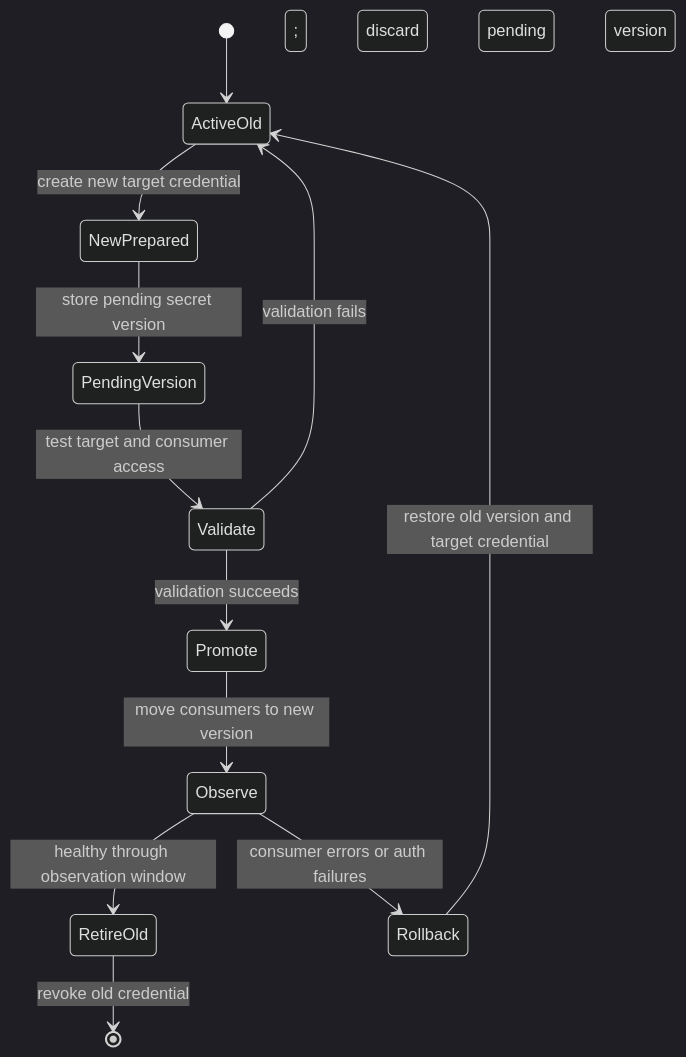
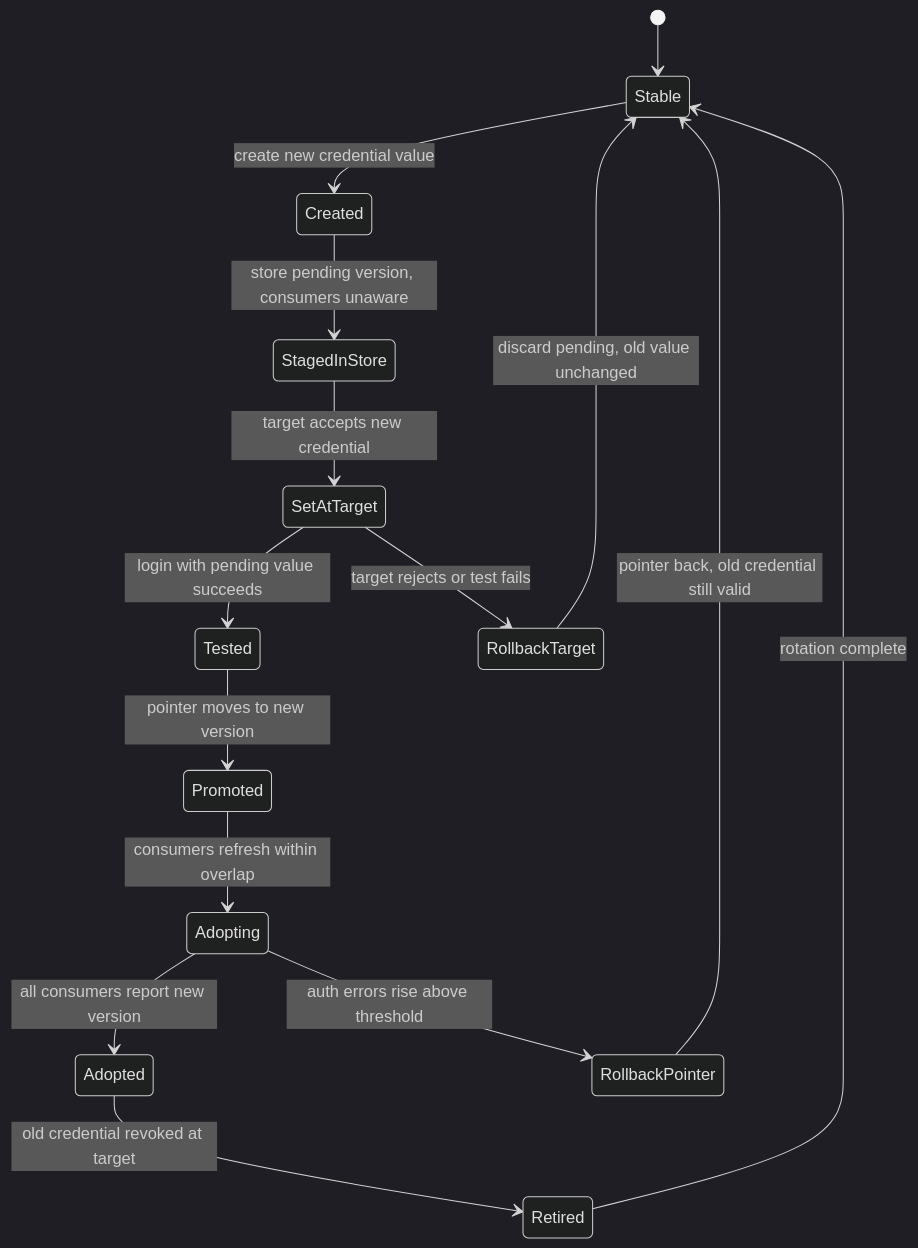
One commit to joydasss/Architect changed the tenth of 14 diagrams in 09_Cloud_Computing/CH13_Secrets_Management.md. Above: the diagram before and after it, drawn with Mermaid (dark theme). The commit also changed other lines of this file and 295 other files, not shown here.

````diff
--- a/09_Cloud_Computing/CH13_Secrets_Management.md
+++ b/09_Cloud_Computing/CH13_Secrets_Management.md
@@ -86,14 +685,17 @@
 ```mermaid
 stateDiagram-v2
-    [*] --> ActiveOld
-    ActiveOld --> NewPrepared: create new target credential
-    NewPrepared --> PendingVersion: store pending secret version
-    PendingVersion --> Validate: test target and consumer access
-    Validate --> Promote: validation succeeds
-    Validate --> ActiveOld: validation fails; discard pending version
-    Promote --> Observe: move consumers to new version
-    Observe --> RetireOld: healthy through observation window
-    Observe --> Rollback: consumer errors or auth failures
-    Rollback --> ActiveOld: restore old version and target credential
-    RetireOld --> [*]: revoke old credential
+    [*] --> Stable
+    Stable --> Created: create new credential value
+    Created --> StagedInStore: store pending version, consumers unaware
+    StagedInStore --> SetAtTarget: target accepts new credential
+    SetAtTarget --> Tested: login with pending value succeeds
+    SetAtTarget --> RollbackTarget: target rejects or test fails
+    Tested --> Promoted: pointer moves to new version
+    Promoted --> Adopting: consumers refresh within overlap
+    Adopting --> Adopted: all consumers report new version
+    Adopting --> RollbackPointer: auth errors rise above threshold
+    RollbackPointer --> Stable: pointer back, old credential still valid
+    RollbackTarget --> Stable: discard pending, old value unchanged
+    Adopted --> Retired: old credential revoked at target
+    Retired --> Stable: rotation complete
 ```
````
